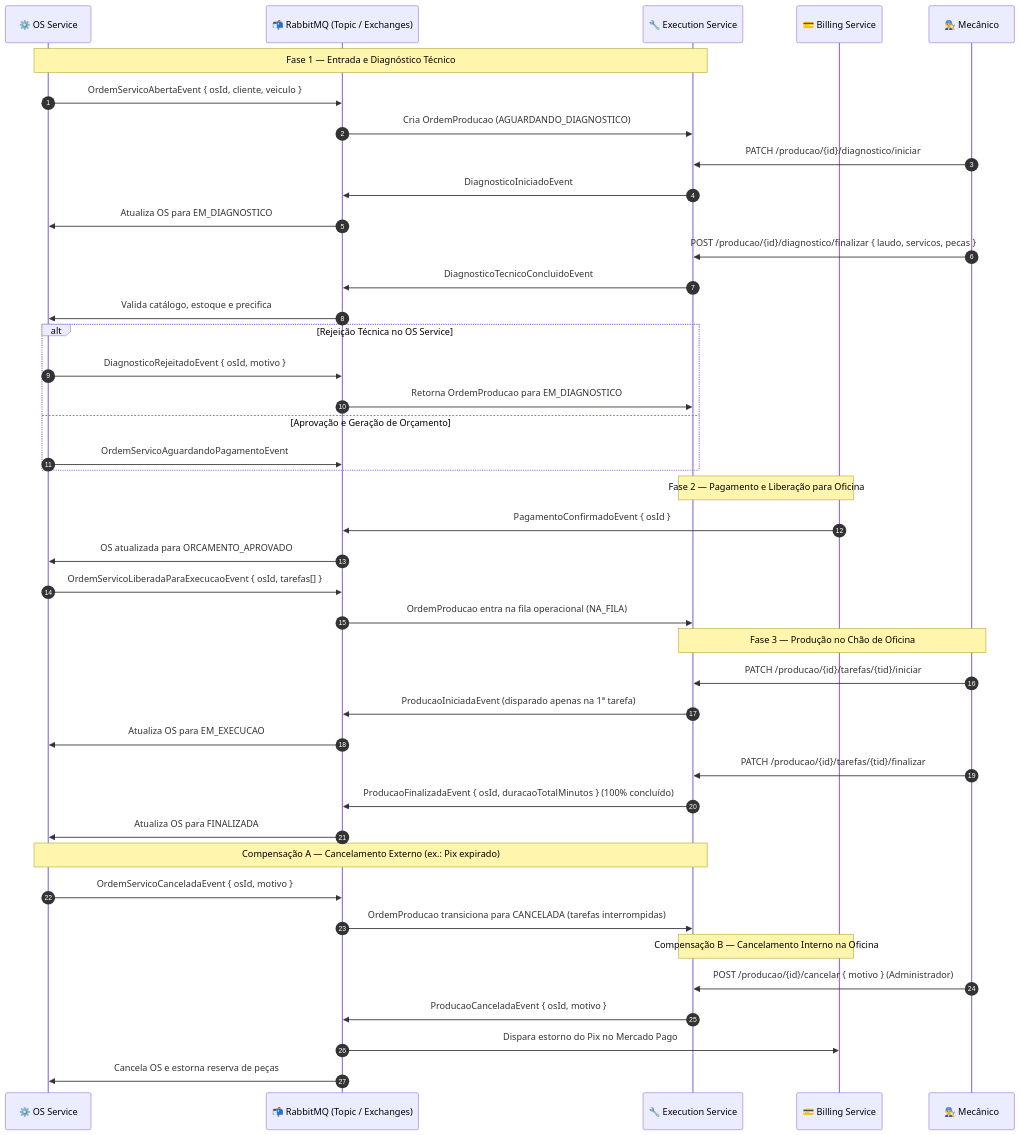
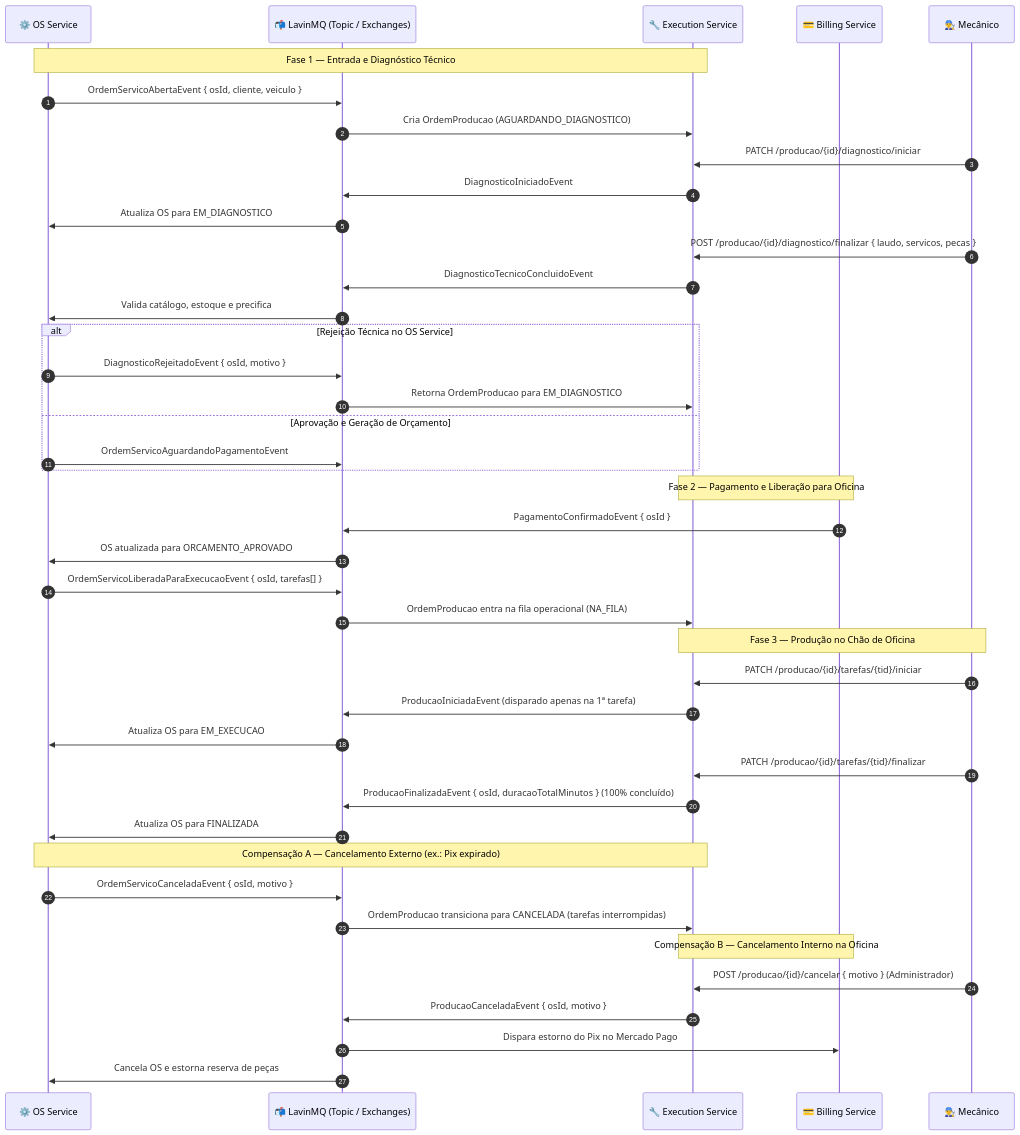
Before and after one commit to SOAT-FIAP-2026/execution-service: the third of 4 diagrams in docs/SPEC.md, drawn with Mermaid. The commit also changed other lines of this file and 9 other files, not shown here.

Commit message:
refactor: replace RabbitMQ with LavinMQ and add automatic database migration on startup

````diff
--- a/docs/SPEC.md
+++ b/docs/SPEC.md
@@ -116,50 +116,50 @@
 ```mermaid
 sequenceDiagram
     autonumber
     participant OS as ⚙️ OS Service
-    participant RMQ as 📬 RabbitMQ (Topic / Exchanges)
+    participant RMQ as 📬 LavinMQ (Topic / Exchanges)
     participant EXEC as 🔧 Execution Service
     participant BILL as 💳 Billing Service
     participant MEC as 👨‍🔧 Mecânico
 
     Note over OS,EXEC: Fase 1 — Entrada e Diagnóstico Técnico
     OS->>RMQ: OrdemServicoAbertaEvent { osId, cliente, veiculo }
     RMQ->>EXEC: Cria OrdemProducao (AGUARDANDO_DIAGNOSTICO)
     MEC->>EXEC: PATCH /producao/{id}/diagnostico/iniciar
     EXEC->>RMQ: DiagnosticoIniciadoEvent
     RMQ->>OS: Atualiza OS para EM_DIAGNOSTICO
     MEC->>EXEC: POST /producao/{id}/diagnostico/finalizar { laudo, servicos, pecas }
     EXEC->>RMQ: DiagnosticoTecnicoConcluidoEvent
     RMQ->>OS: Valida catálogo, estoque e precifica
 
     alt Rejeição Técnica no OS Service
         OS->>RMQ: DiagnosticoRejeitadoEvent { osId, motivo }
         RMQ->>EXEC: Retorna OrdemProducao para EM_DIAGNOSTICO
     else Aprovação e Geração de Orçamento
         OS->>RMQ: OrdemServicoAguardandoPagamentoEvent
     end
 
     Note over BILL,EXEC: Fase 2 — Pagamento e Liberação para Oficina
     BILL->>RMQ: PagamentoConfirmadoEvent { osId }
     RMQ->>OS: OS atualizada para ORCAMENTO_APROVADO
     OS->>RMQ: OrdemServicoLiberadaParaExecucaoEvent { osId, tarefas[] }
     RMQ->>EXEC: OrdemProducao entra na fila operacional (NA_FILA)
 
     Note over MEC,EXEC: Fase 3 — Produção no Chão de Oficina
     MEC->>EXEC: PATCH /producao/{id}/tarefas/{tid}/iniciar
     EXEC->>RMQ: ProducaoIniciadaEvent (disparado apenas na 1ª tarefa)
     RMQ->>OS: Atualiza OS para EM_EXECUCAO
     MEC->>EXEC: PATCH /producao/{id}/tarefas/{tid}/finalizar
     EXEC->>RMQ: ProducaoFinalizadaEvent { osId, duracaoTotalMinutos } (100% concluído)
     RMQ->>OS: Atualiza OS para FINALIZADA
 
     Note over OS,EXEC: Compensação A — Cancelamento Externo (ex.: Pix expirado)
     OS->>RMQ: OrdemServicoCanceladaEvent { osId, motivo }
     RMQ->>EXEC: OrdemProducao transiciona para CANCELADA (tarefas interrompidas)
 
     Note over EXEC,BILL: Compensação B — Cancelamento Interno na Oficina
     MEC->>EXEC: POST /producao/{id}/cancelar { motivo } (Administrador)
     EXEC->>RMQ: ProducaoCanceladaEvent { osId, motivo }
     RMQ->>BILL: Dispara estorno do Pix no Mercado Pago
     RMQ->>OS: Cancela OS e estorna reserva de peças
 ```
````
